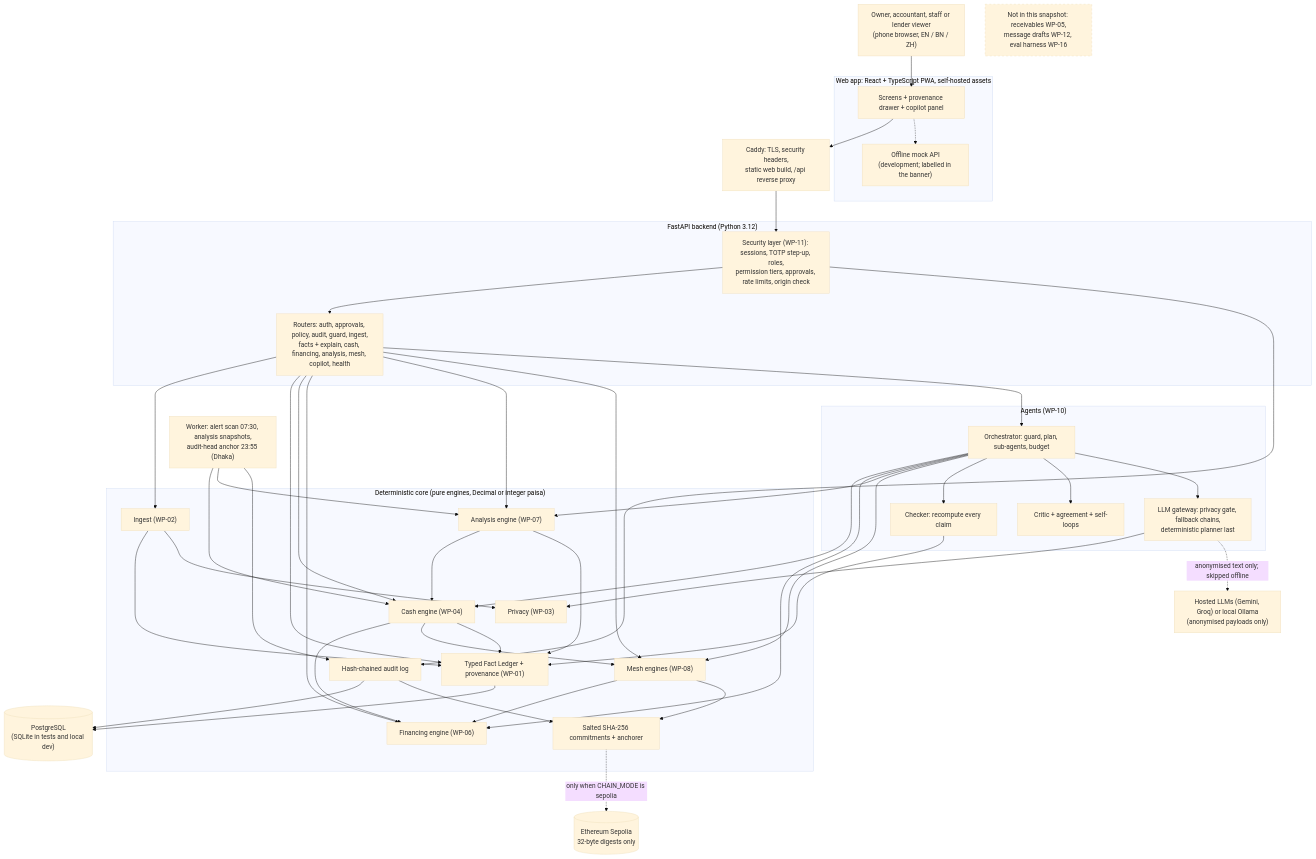
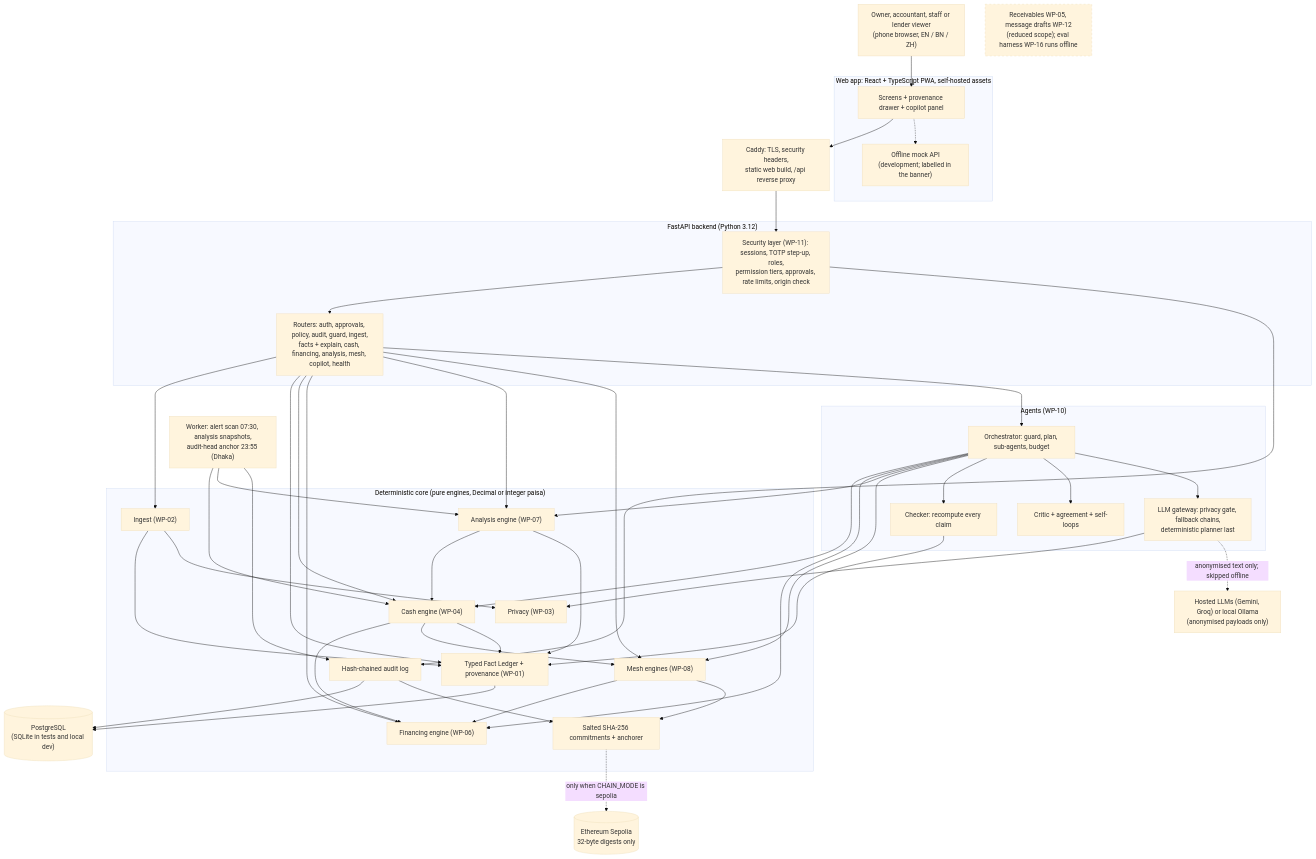
The diagram in docs/submission/technical-documentation.md (NoboIshraque/SME-financing-copilot), drawn with Mermaid (base theme) before and after one commit. The commit also changed other lines of this file and 8 other files, not shown here.

````diff
--- a/docs/submission/technical-documentation.md
+++ b/docs/submission/technical-documentation.md
@@ -92,70 +92,70 @@
 ```mermaid
 flowchart TB
   user["Owner, accountant, staff or lender viewer<br/>(phone browser, EN / BN / ZH)"]
   subgraph web["Web app: React + TypeScript PWA, self-hosted assets"]
     screens["Screens + provenance drawer + copilot panel"]
     mock["Offline mock API<br/>(development; labelled in the banner)"]
   end
   caddy["Caddy: TLS, security headers,<br/>static web build, /api reverse proxy"]
   subgraph api["FastAPI backend (Python 3.12)"]
     sec["Security layer (WP-11): sessions, TOTP step-up, roles,<br/>permission tiers, approvals, rate limits, origin check"]
     routers["Routers: auth, approvals, policy, audit, guard, ingest,<br/>facts + explain, cash, financing, analysis, mesh, copilot, health"]
   end
   subgraph agentsg["Agents (WP-10)"]
     orch["Orchestrator: guard, plan, sub-agents, budget"]
     checker["Checker: recompute every claim"]
     critic["Critic + agreement + self-loops"]
     gw["LLM gateway: privacy gate, fallback chains,<br/>deterministic planner last"]
   end
   subgraph core["Deterministic core (pure engines, Decimal or integer paisa)"]
     ingest["Ingest (WP-02)"]
     facts["Typed Fact Ledger + provenance (WP-01)"]
     cash["Cash engine (WP-04)"]
     fin["Financing engine (WP-06)"]
     ana["Analysis engine (WP-07)"]
     mesh["Mesh engines (WP-08)"]
     chain["Salted SHA-256 commitments + anchorer"]
     priv["Privacy (WP-03)"]
     audit["Hash-chained audit log"]
   end
   db[("PostgreSQL<br/>(SQLite in tests and local dev)")]
   worker["Worker: alert scan 07:30, analysis snapshots,<br/>audit-head anchor 23:55 (Dhaka)"]
   sepolia[("Ethereum Sepolia<br/>32-byte digests only")]
   llm["Hosted LLMs (Gemini, Groq) or local Ollama<br/>(anonymised payloads only)"]
-  planned["Not in this snapshot: receivables WP-05,<br/>message drafts WP-12, eval harness WP-16"]
+  planned["Receivables WP-05, message drafts WP-12<br/>(reduced scope); eval harness WP-16 runs offline"]
 
   user --> screens --> caddy --> sec --> routers
   screens -.-> mock
   routers --> ingest --> facts
   routers --> facts
   routers --> cash
   routers --> fin
   routers --> ana
   routers --> mesh
   routers --> orch
   orch --> cash
   orch --> fin
   orch --> ana
   orch --> mesh
   orch --> checker --> facts
   orch --> critic
   orch --> gw --> priv
   gw -.->|"anonymised text only; skipped offline"| llm
   ana --> cash
   cash --> fin
   cash --> mesh
   mesh --> fin
   cash --> facts
   ana --> facts
   ingest --> priv
   facts --> db
   sec --> audit --> db
   worker --> cash
   worker --> ana
   worker --> audit
   audit --> chain
   mesh --> chain
   chain -.->|"only when CHAIN_MODE is sepolia"| sepolia
   classDef plannedStyle stroke-dasharray: 5 5
   class planned plannedStyle
 ```
````
